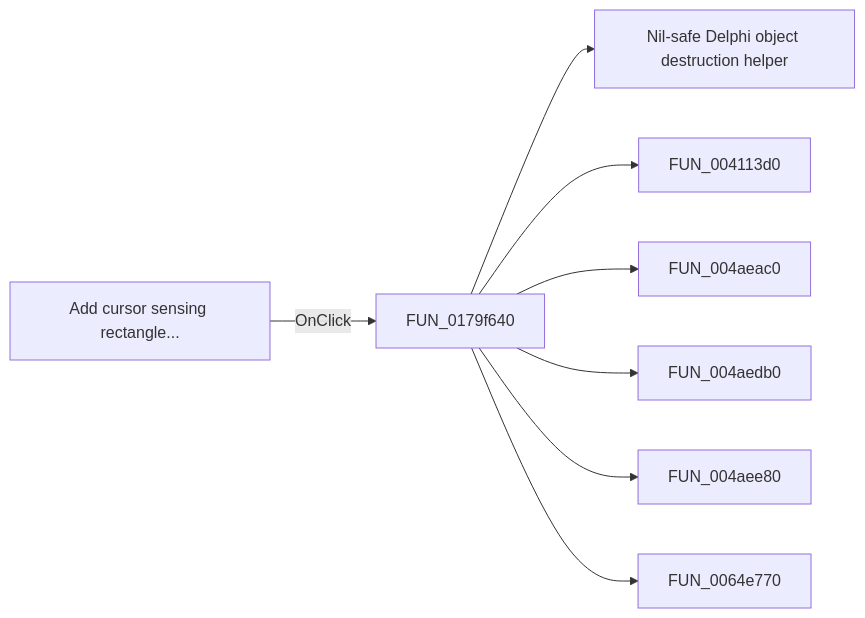
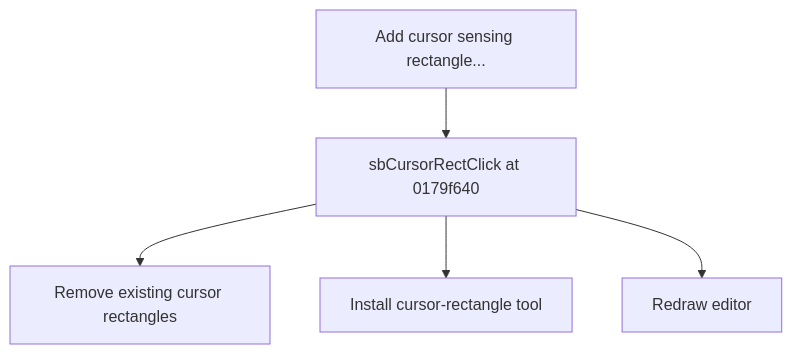
Before and after one commit to MovGP0/TIARA: the diagram in docs/ui-controls/shapeedit/mncursorrect-f8791bf954.md, drawn with Mermaid. The commit also changed other lines of this file and 1062 other files, not shown here.

````diff
--- a/docs/ui-controls/shapeedit/mncursorrect-f8791bf954.md
+++ b/docs/ui-controls/shapeedit/mncursorrect-f8791bf954.md
@@ -27,10 +27,7 @@
 ```mermaid
-flowchart LR
-    control["Add cursor sensing rectangle..."] -->|OnClick| handler["FUN_0179f640"]
-    handler --> call1["Nil-safe Delphi object destruction helper"]
-    handler --> call2["FUN_004113d0"]
-    handler --> call3["FUN_004aeac0"]
-    handler --> call4["FUN_004aedb0"]
-    handler --> call5["FUN_004aee80"]
-    handler --> call6["FUN_0064e770"]
+flowchart TD
+    control["Add cursor sensing rectangle..."] --> handler["sbCursorRectClick at 0179f640"]
+    handler --> step1["Remove existing cursor rectangles"]
+    handler --> step2["Install cursor-rectangle tool"]
+    handler --> step3["Redraw editor"]
 ```
````
